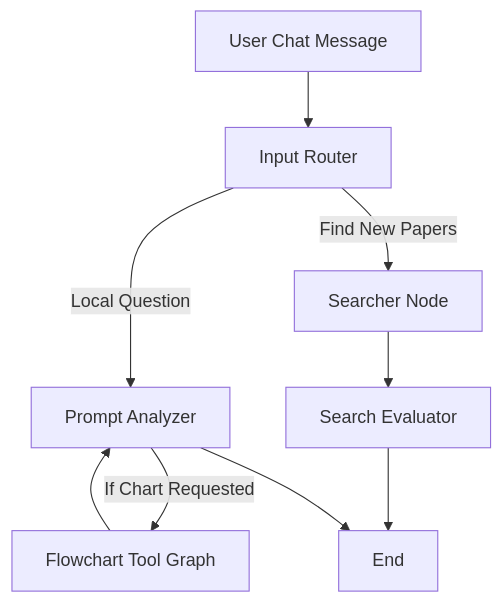
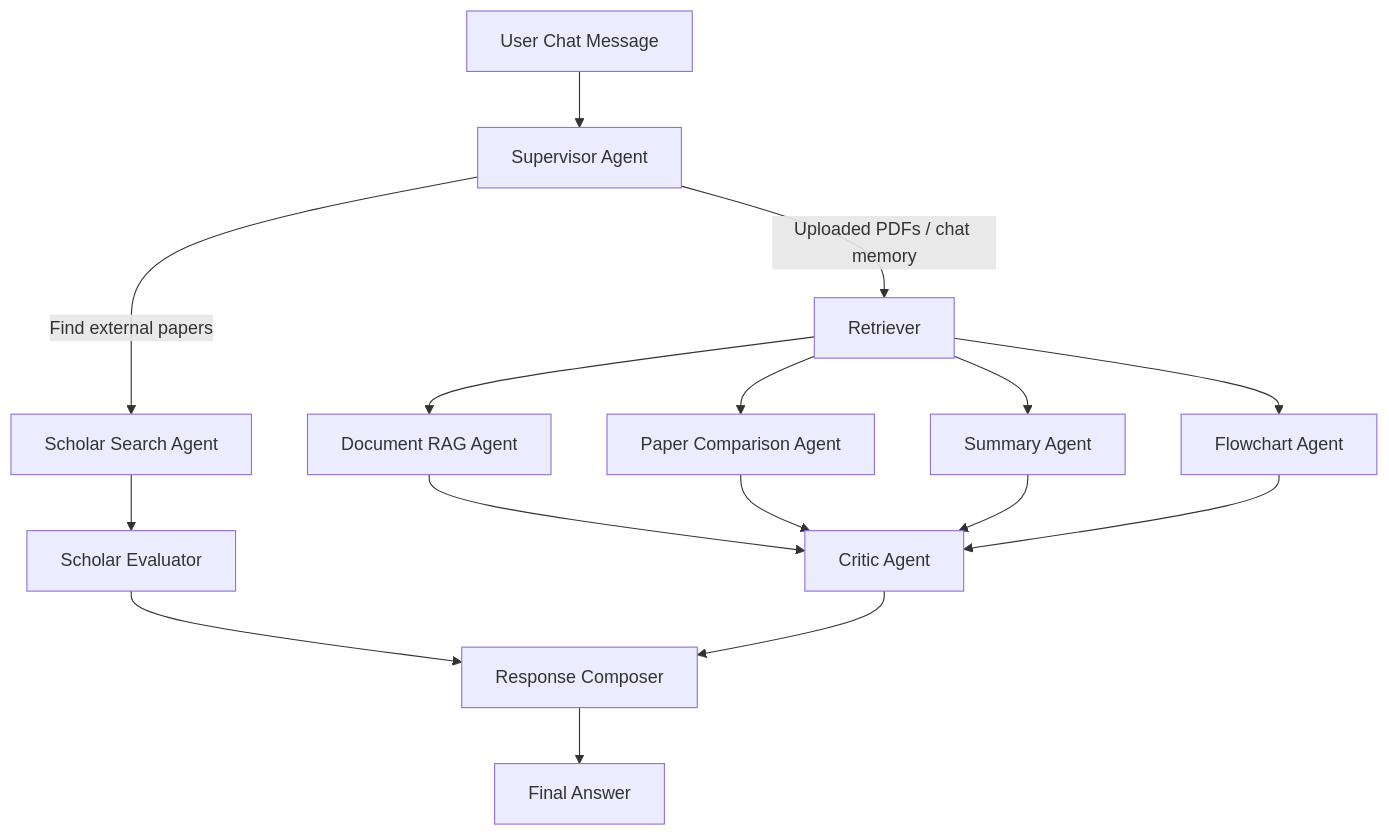
Before and after one commit to thaituanUIT/ResearchAssistAgent: the first of 2 diagrams in README.md, drawn with Mermaid. The commit also changed other lines of this file and 40 other files, not shown here.

Commit message:
refactor: agent graph and network thingy

````diff
--- a/README.md
+++ b/README.md
@@ -20,11 +23,18 @@
 ```mermaid
 graph TD
-    A[User Chat Message] --> B[Input Router]
-    B -->|Local Question| C[Prompt Analyzer]
-    B -->|Find New Papers| D[Searcher Node]
-    C -->|If Chart Requested| E[Flowchart Tool Graph]
-    E --> C
-    D --> F[Search Evaluator]
-    F --> G[End]
-    C --> G
+    A[User Chat Message] --> B[Supervisor Agent]
+    B -->|Uploaded PDFs / chat memory| C[Retriever]
+    C --> D[Document RAG Agent]
+    C --> E[Paper Comparison Agent]
+    C --> F[Summary Agent]
+    C --> G[Flowchart Agent]
+    B -->|Find external papers| H[Scholar Search Agent]
+    H --> I[Scholar Evaluator]
+    D --> J[Critic Agent]
+    E --> J
+    F --> J
+    G --> J
+    I --> K[Response Composer]
+    J --> K
+    K --> L[Final Answer]
 ```
````
